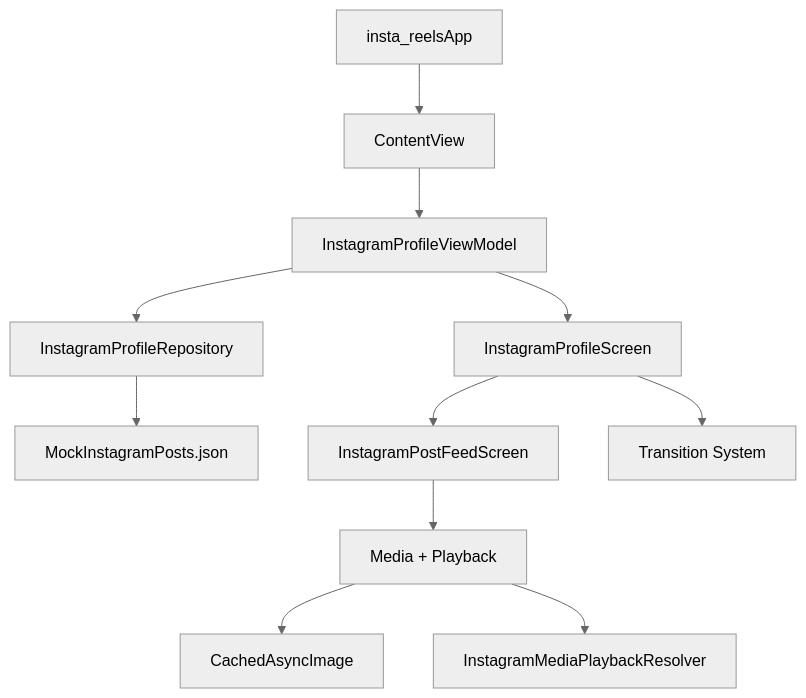
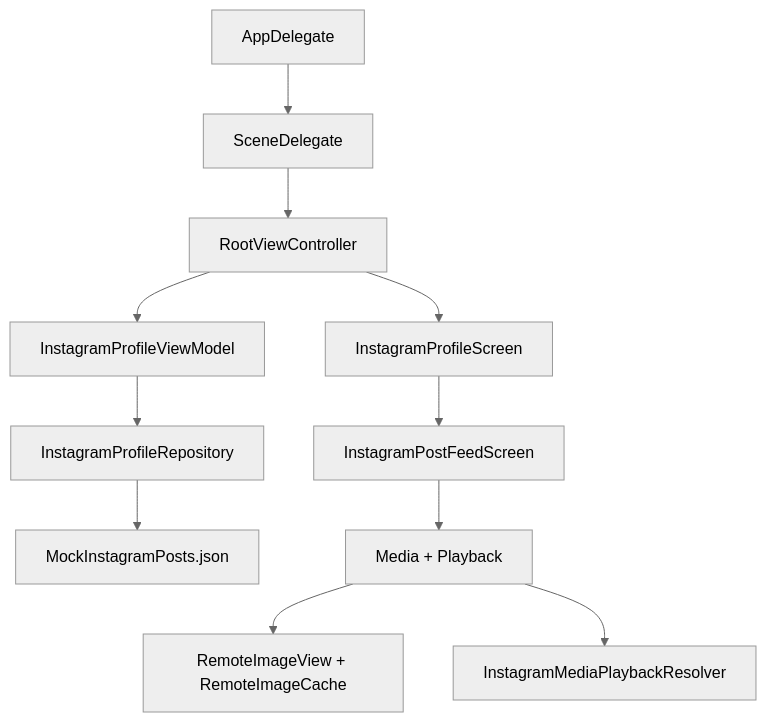
One commit to ravibishnoi/insta-reels changed the diagram in ARCHITECTURE.md. Above: the diagram before and after it, drawn with Mermaid (neutral theme). The commit also changed other lines of this file and 15 other files, not shown here.

Commit message:
insta reels using ui kit

````diff
--- a/ARCHITECTURE.md
+++ b/ARCHITECTURE.md
@@ -24,13 +24,13 @@
 ```mermaid
 flowchart TD
-    A["insta_reelsApp"] --> B["ContentView"]
-    B --> C["InstagramProfileViewModel"]
-    C --> D["InstagramProfileRepository"]
-    D --> E["MockInstagramPosts.json"]
-    C --> F["InstagramProfileScreen"]
-    F --> G["InstagramPostFeedScreen"]
-    F --> H["Transition System"]
-    G --> I["Media + Playback"]
-    I --> J["CachedAsyncImage"]
+    A["AppDelegate"] --> B["SceneDelegate"]
+    B --> C["RootViewController"]
+    C --> D["InstagramProfileViewModel"]
+    D --> E["InstagramProfileRepository"]
+    E --> F["MockInstagramPosts.json"]
+    C --> G["InstagramProfileScreen"]
+    G --> H["InstagramPostFeedScreen"]
+    H --> I["Media + Playback"]
+    I --> J["RemoteImageView + RemoteImageCache"]
     I --> K["InstagramMediaPlaybackResolver"]
 ```
````
